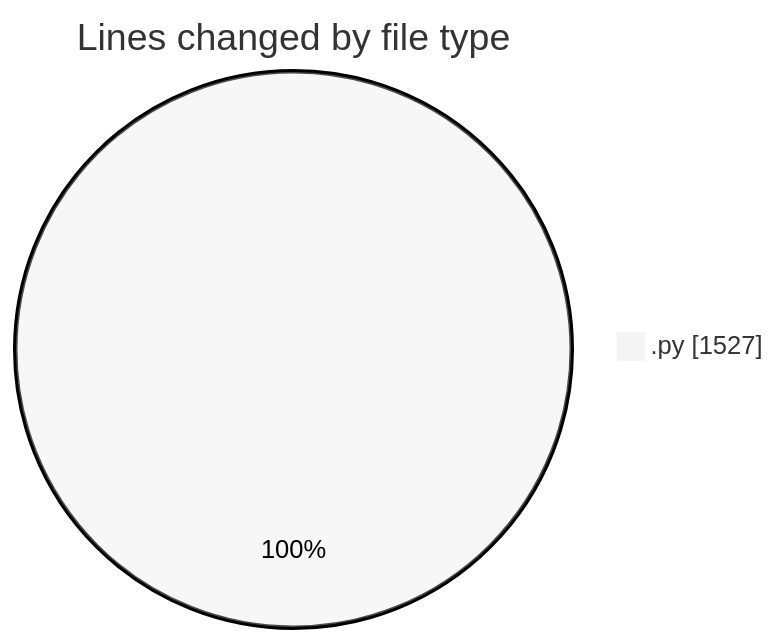
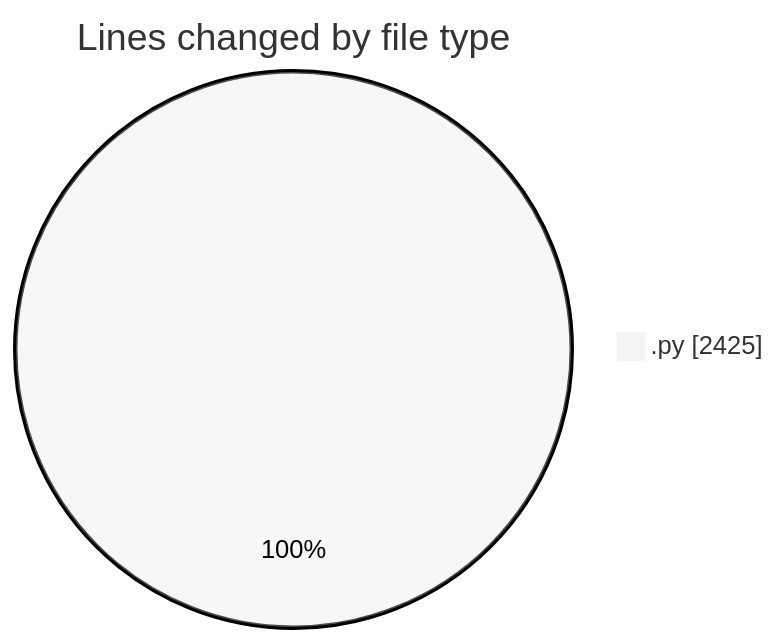
The first of 2 diagrams in 2025-10-15/eventscop-api-guide__workspace_/README.md (julien-gomy/code-tracking), drawn with Mermaid (neutral theme) before and after one commit. The commit also changed other lines of this file and 1 other file, not shown here.

````diff
--- a/2025-10-15/eventscop-api-guide__workspace_/README.md
+++ b/2025-10-15/eventscop-api-guide__workspace_/README.md
@@ -23,5 +24,5 @@
 ```mermaid
 pie showData
 title Lines changed by file type
-".py" : 1527
+".py" : 2425
 ```
````
